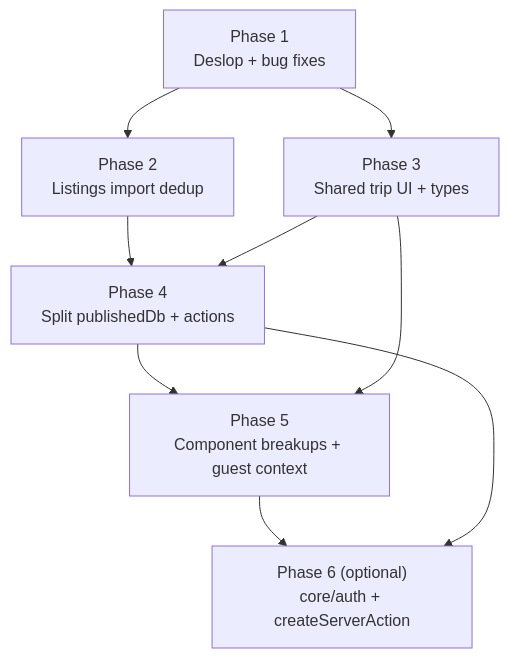
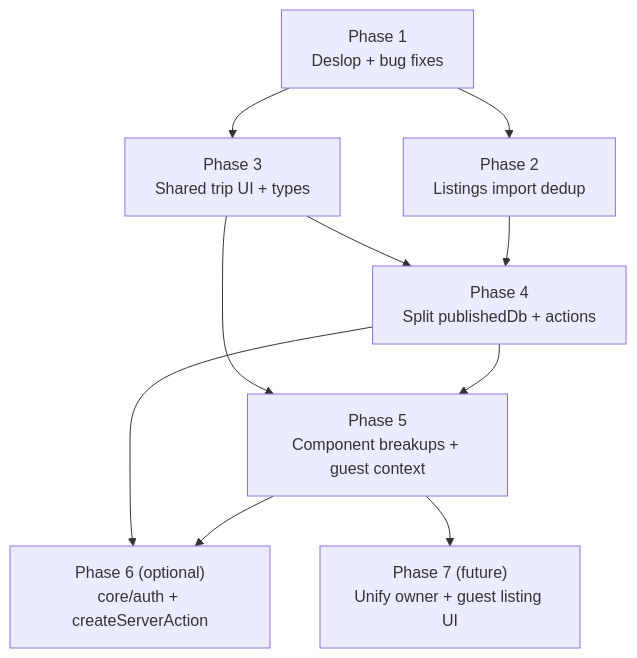
One commit to dimamarkus/house-vote changed the diagram in docs/260422REFACTOR__PHASED_REFACTOR_AND_CLEANUP_ROADMAP.md. Above: the diagram before and after it, drawn with Mermaid. The commit also changed other lines of this file, not shown here.

First line of the commit message:
docs(roadmap): mark phase 5 complete and stub phase 7 unification

````diff
--- a/docs/260422REFACTOR__PHASED_REFACTOR_AND_CLEANUP_ROADMAP.md
+++ b/docs/260422REFACTOR__PHASED_REFACTOR_AND_CLEANUP_ROADMAP.md
@@ -35,11 +35,12 @@
 ```mermaid
 flowchart TD
   phase1["Phase 1<br/>Deslop + bug fixes"] --> phase2["Phase 2<br/>Listings import dedup"]
   phase1 --> phase3["Phase 3<br/>Shared trip UI + types"]
   phase2 --> phase4["Phase 4<br/>Split publishedDb + actions"]
   phase3 --> phase4
   phase4 --> phase5["Phase 5<br/>Component breakups + guest context"]
   phase3 --> phase5
   phase5 --> phase6["Phase 6 (optional)<br/>core/auth + createServerAction"]
   phase4 --> phase6
+  phase5 --> phase7["Phase 7 (future)<br/>Unify owner + guest listing UI"]
 ```
````
